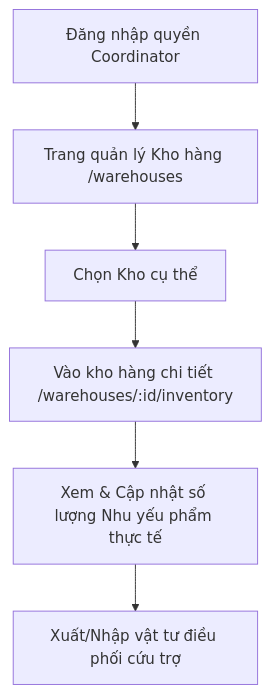
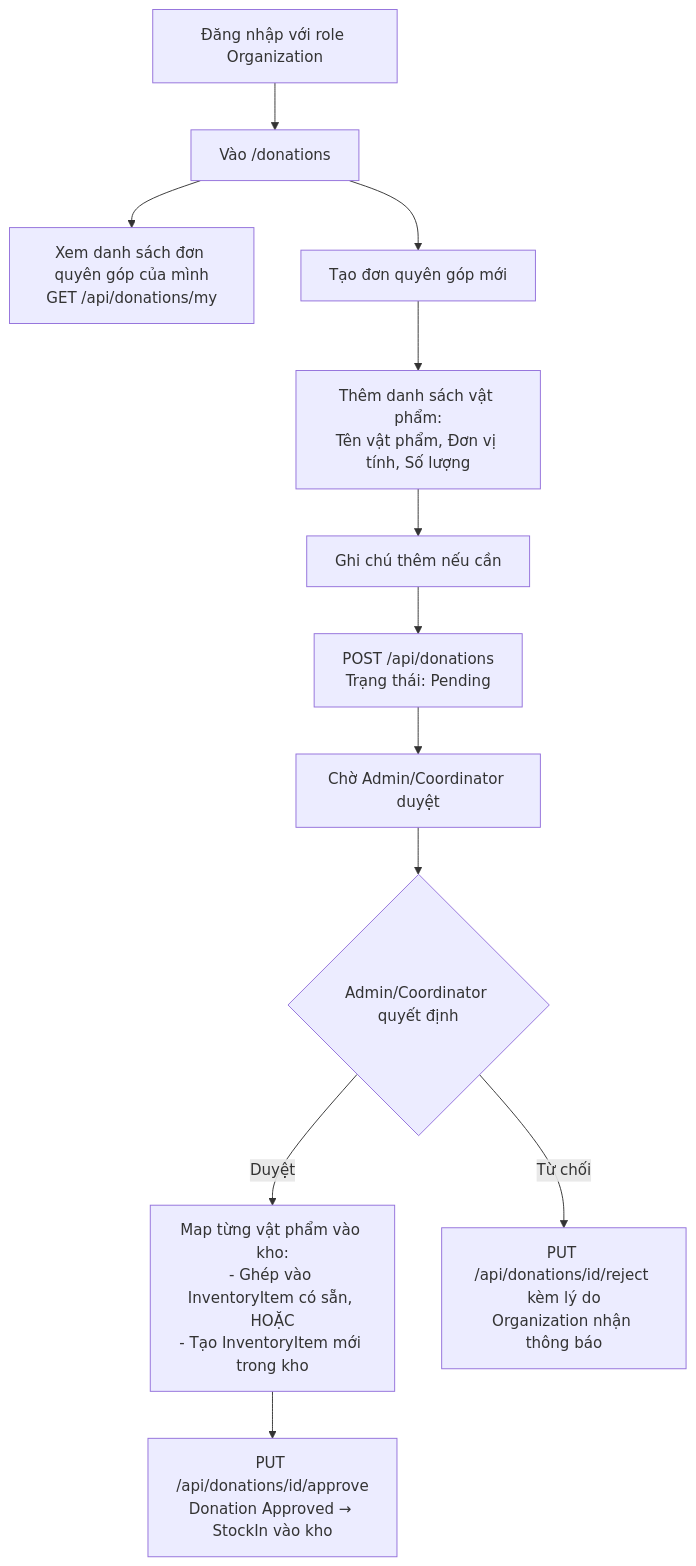
One commit to Relief-Platform/FRONTEND changed the fifth of 11 diagrams in README.md. Above: the diagram before and after it, drawn with Mermaid. The commit also changed other lines of this file, not shown here.

````diff
--- a/README.md
+++ b/README.md
@@ -293,8 +340,14 @@
 ```mermaid
 graph TD
-    A[Đăng nhập quyền Coordinator] --> B[Trang quản lý Kho hàng /warehouses]
-    B --> C[Chọn Kho cụ thể]
-    C --> D[Vào kho hàng chi tiết /warehouses/:id/inventory]
-    D --> E[Xem & Cập nhật số lượng Nhu yếu phẩm thực tế]
-    E --> F[Xuất/Nhập vật tư điều phối cứu trợ]
+    A[Đăng nhập với role Organization] --> B[Vào /donations]
+    B --> C[Xem danh sách đơn quyên góp của mình\nGET /api/donations/my]
+    B --> D[Tạo đơn quyên góp mới]
+    D --> E[Thêm danh sách vật phẩm:\nTên vật phẩm, Đơn vị tính, Số lượng]
+    E --> F[Ghi chú thêm nếu cần]
+    F --> G[POST /api/donations\nTrạng thái: Pending]
+    G --> H[Chờ Admin/Coordinator duyệt]
+    H --> I{Admin/Coordinator quyết định}
+    I -- Duyệt --> J[Map từng vật phẩm vào kho:\n- Ghép vào InventoryItem có sẵn, HOẶC\n- Tạo InventoryItem mới trong kho]
+    J --> K[PUT /api/donations/id/approve\nDonation Approved → StockIn vào kho]
+    I -- Từ chối --> L[PUT /api/donations/id/reject kèm lý do\nOrganization nhận thông báo]
 ```
````
